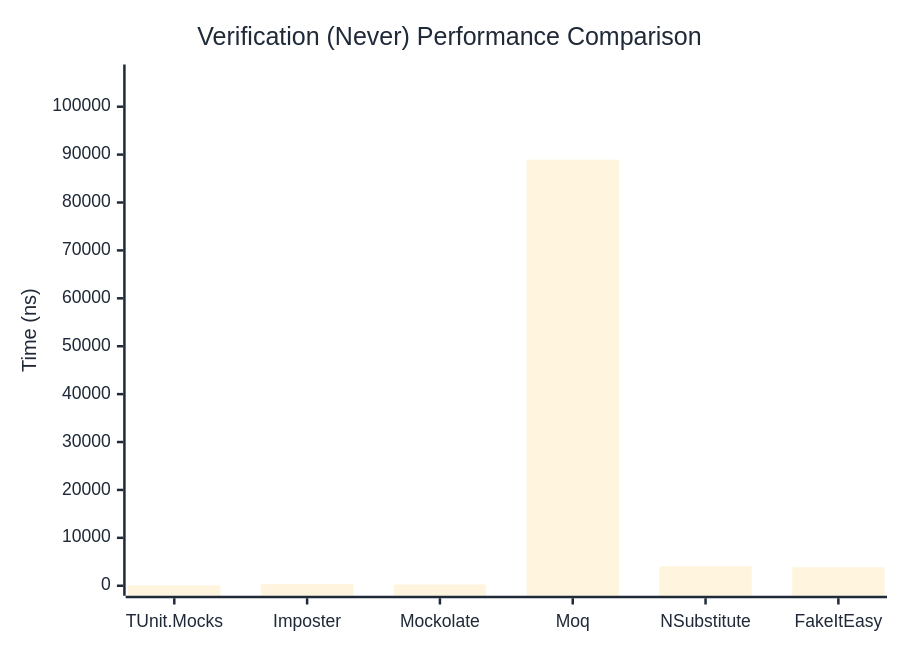
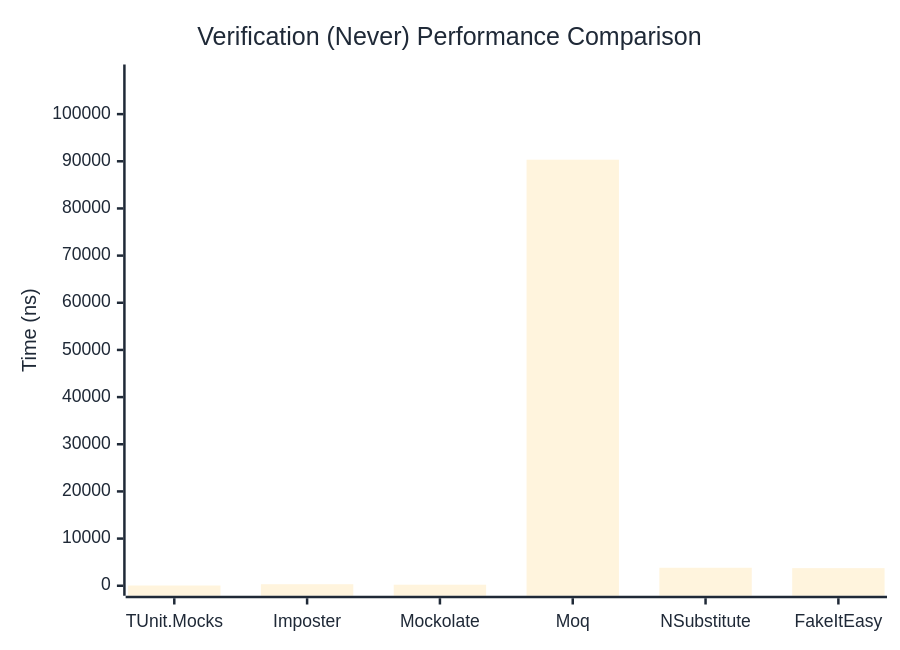
One commit to thomhurst/TUnit changed the second of 3 diagrams in docs/docs/benchmarks/mocks/Verification.md. Above: the diagram before and after it, drawn with Mermaid. The commit also changed other lines of this file and 14 other files, not shown here.

````diff
--- a/docs/docs/benchmarks/mocks/Verification.md
+++ b/docs/docs/benchmarks/mocks/Verification.md
@@ -71,27 +71,27 @@
 ```mermaid
 %%{init: {
   'theme':'base',
   'themeVariables': {
     'primaryColor': '#2563eb',
     'primaryTextColor': '#1f2937',
     'primaryBorderColor': '#1e40af',
     'lineColor': '#6b7280',
     'secondaryColor': '#7c3aed',
     'tertiaryColor': '#dc2626',
     'background': '#ffffff',
     'pie1': '#2563eb',
     'pie2': '#7c3aed',
     'pie3': '#dc2626',
     'pie4': '#f59e0b',
     'pie5': '#10b981',
     'pie6': '#06b6d4',
     'pie7': '#ec4899',
     'pie8': '#6366f1'
   }
 }}%%
 xychart-beta
   title "Verification (Never) Performance Comparison"
   x-axis ["TUnit.Mocks", "Imposter", "Mockolate", "Moq", "NSubstitute", "FakeItEasy"]
-  y-axis "Time (ns)" 0 --> 106721
-  bar [54, 382.61, 249.88, 88933.39, 4065.7, 3852.88]
+  y-axis "Time (ns)" 0 --> 108402
+  bar [50.43, 323.83, 224.77, 90334.21, 3811.39, 3734.17]
 ```
````
